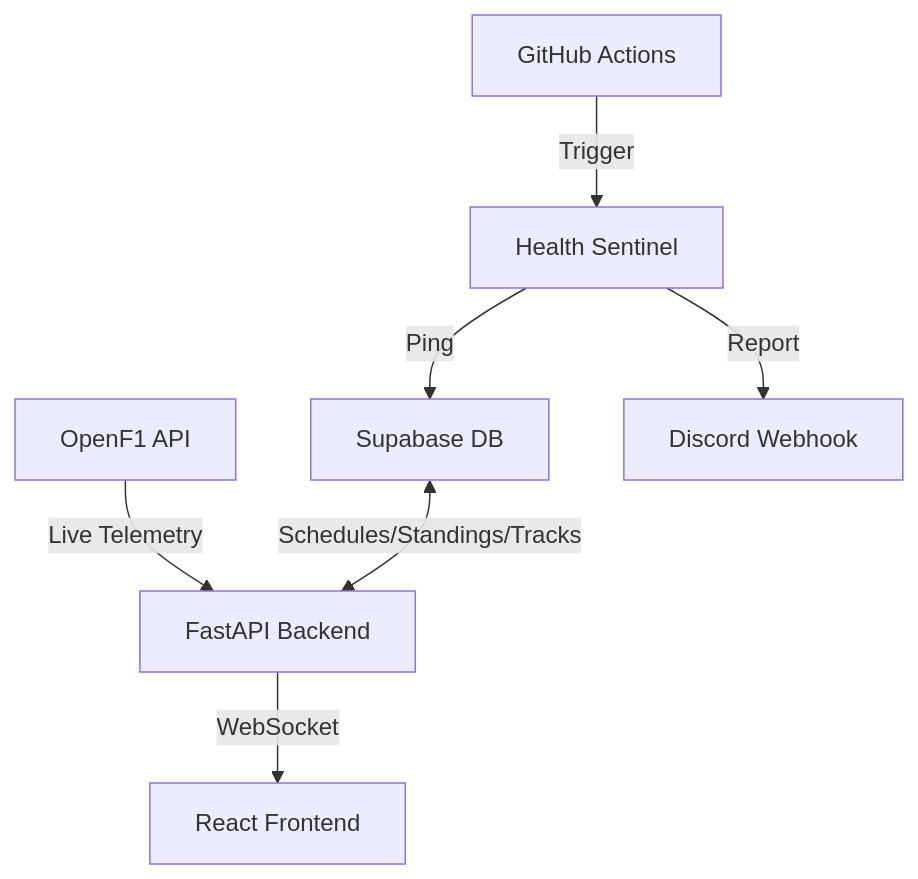
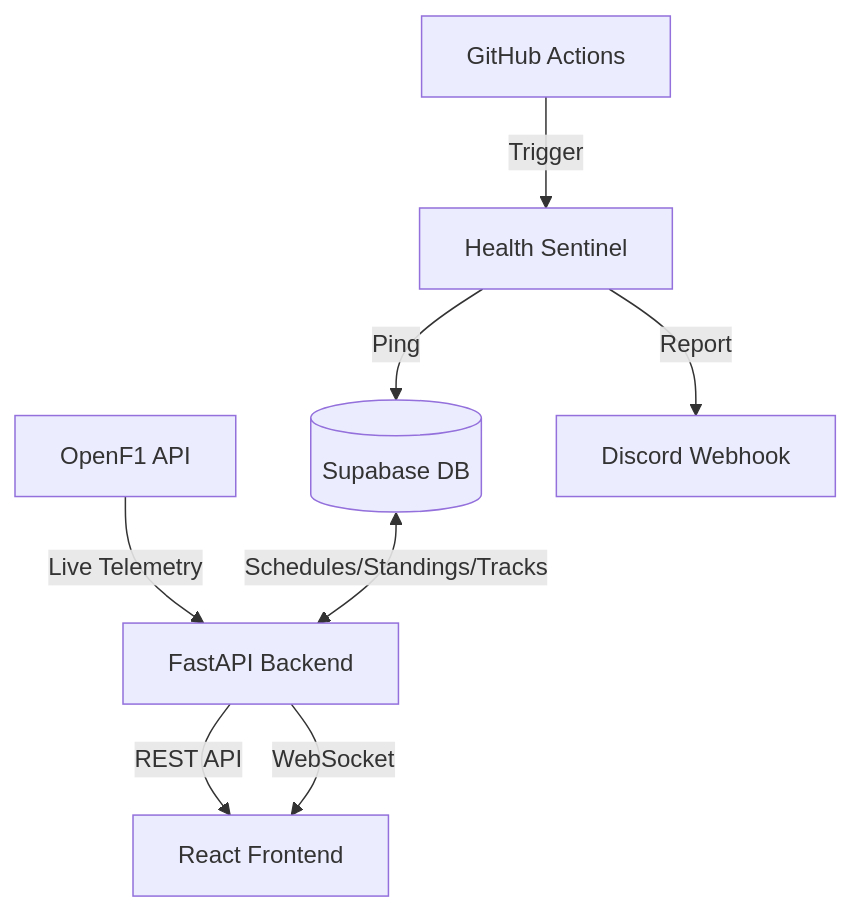
One commit to Ashborn-047/silverwall changed the diagram in README.md. Above: the diagram before and after it, drawn with Mermaid. The commit also changed other lines of this file and 2 other files, not shown here.

Commit message:
docs: Enhanced README with full directory tree, API docs, and file descriptions

````diff
--- a/README.md
+++ b/README.md
@@ -33,9 +123,10 @@
 ```mermaid
 graph TD
     A[OpenF1 API] -->|Live Telemetry| B[FastAPI Backend]
-    S[Supabase DB] <-->|Schedules/Standings/Tracks| B
-    B -->|WebSocket| F[React Frontend]
+    S[(Supabase DB)] <-->|Schedules/Standings/Tracks| B
+    B -->|REST API| F[React Frontend]
+    B -->|WebSocket| F
     G[GitHub Actions] -->|Trigger| H[Health Sentinel]
     H -->|Ping| S
     H -->|Report| D[Discord Webhook]
 ```
````
